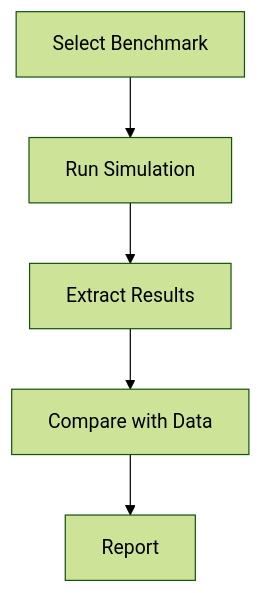
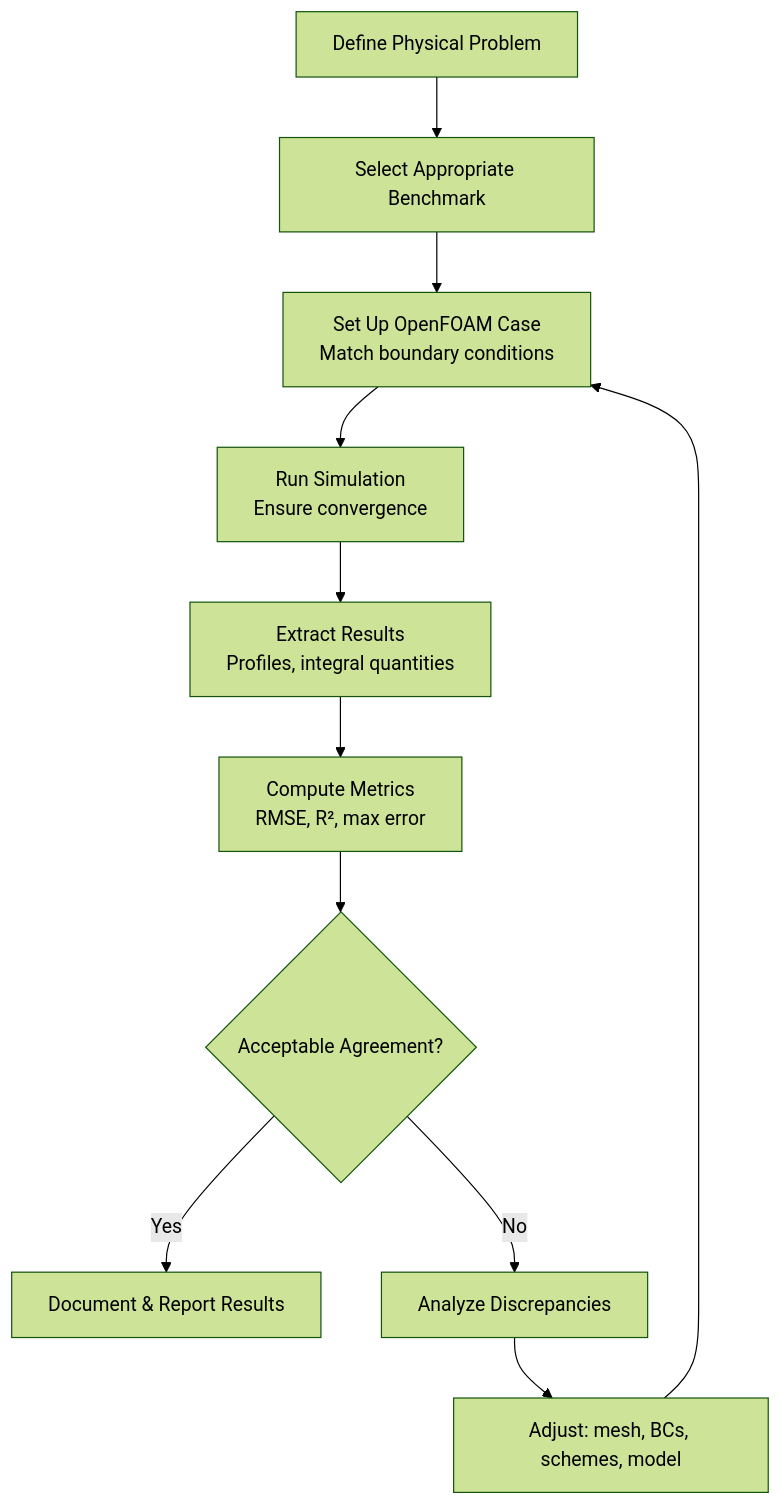
One commit to wramet/build-my-cfd changed the diagram in MODULE_08_TESTING_VALIDATION/CONTENT/04_VALIDATION_BENCHMARKS/00_Overview.md. Above: the diagram before and after it, drawn with Mermaid (forest theme). The commit also changed other lines of this file and 203 other files, not shown here.

````diff
--- a/MODULE_08_TESTING_VALIDATION/CONTENT/04_VALIDATION_BENCHMARKS/00_Overview.md
+++ b/MODULE_08_TESTING_VALIDATION/CONTENT/04_VALIDATION_BENCHMARKS/00_Overview.md
@@ -36,7 +86,13 @@
 ```mermaid
 flowchart TD
-    A[Select Benchmark] --> B[Run Simulation]
-    B --> C[Extract Results]
-    C --> D[Compare with Data]
-    D --> E[Report]
+    A[Define Physical Problem] --> B[Select Appropriate Benchmark]
+    B --> C[Set Up OpenFOAM Case<br/>Match boundary conditions]
+    C --> D[Run Simulation<br/>Ensure convergence]
+    D --> E[Extract Results<br/>Profiles, integral quantities]
+    E --> F[Compute Metrics<br/>RMSE, R², max error]
+    F --> G{Acceptable Agreement?}
+    G -->|Yes| H[Document & Report Results]
+    G -->|No| I[Analyze Discrepancies]
+    I --> J[Adjust: mesh, BCs, schemes, model]
+    J --> C
 ```
````
